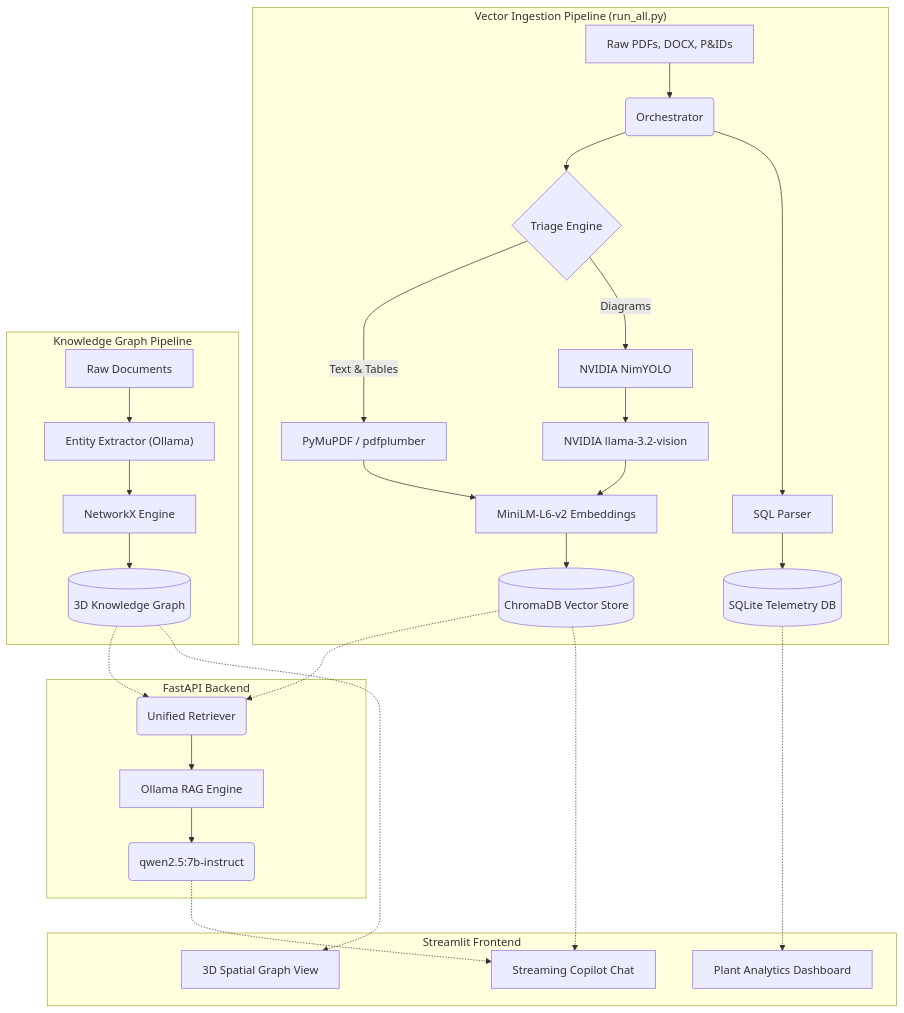
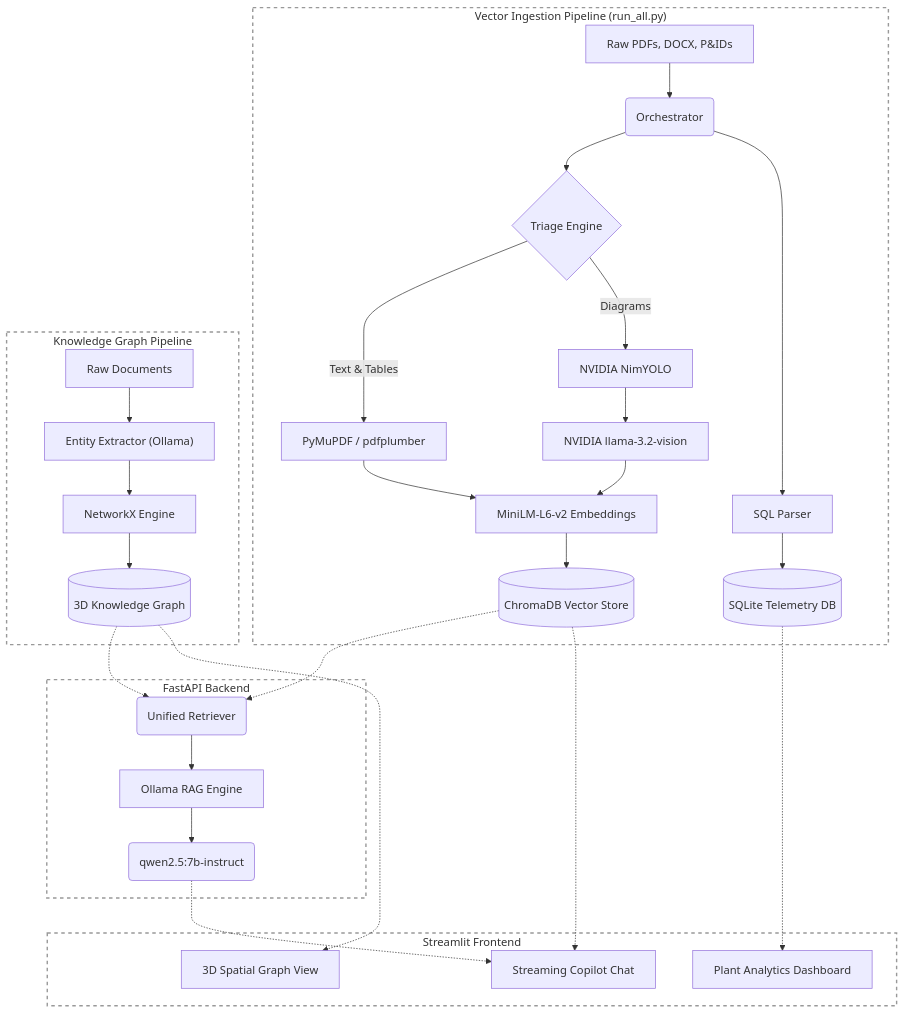
Before and after one commit to AnjaliKumari3033/et_project: the diagram in Architecture.md, drawn with Mermaid. The commit also changed 1 other file, not shown here.

Commit message:
docs: remove grey patches from Mermaid subgraphs

````diff
--- a/Architecture.md
+++ b/Architecture.md
@@ -3,39 +3,45 @@
 ```mermaid
 flowchart TD
     subgraph Vector_Pipeline ["Vector Ingestion Pipeline (run_all.py)"]
         A[Raw PDFs, DOCX, P&IDs] --> B(Orchestrator)
         B --> C{Triage Engine}
         C -->|Text & Tables| D[PyMuPDF / pdfplumber]
         C -->|Diagrams| E[NVIDIA NimYOLO]
         E --> F[NVIDIA llama-3.2-vision]
         F --> H[MiniLM-L6-v2 Embeddings]
         D --> H
         H --> I[(ChromaDB Vector Store)]
         B --> L[SQL Parser]
         L --> M[(SQLite Telemetry DB)]
     end
 
     subgraph KG_Pipeline ["Knowledge Graph Pipeline"]
         A2[Raw Documents] --> X["Entity Extractor (Ollama)"]
         X --> J[NetworkX Engine]
         J --> K[(3D Knowledge Graph)]
     end
 
     subgraph FastAPI_Backend ["FastAPI Backend"]
         I -.-> N(Unified Retriever)
         K -.-> N
         N --> O[Ollama RAG Engine]
         O --> P("qwen2.5:7b-instruct")
     end
 
     subgraph Streamlit_Frontend ["Streamlit Frontend"]
         Q[Plant Analytics Dashboard]
         R[3D Spatial Graph View]
         S[Streaming Copilot Chat]
     end
 
     M -.-> Q
     K -.-> R
     P -.-> S
     I -.-> S
+
+    %% Subgraph Styling to remove grey patches
+    style Vector_Pipeline fill:transparent,stroke:#999,stroke-width:2px,stroke-dasharray: 5 5
+    style KG_Pipeline fill:transparent,stroke:#999,stroke-width:2px,stroke-dasharray: 5 5
+    style FastAPI_Backend fill:transparent,stroke:#999,stroke-width:2px,stroke-dasharray: 5 5
+    style Streamlit_Frontend fill:transparent,stroke:#999,stroke-width:2px,stroke-dasharray: 5 5
 ```
````
